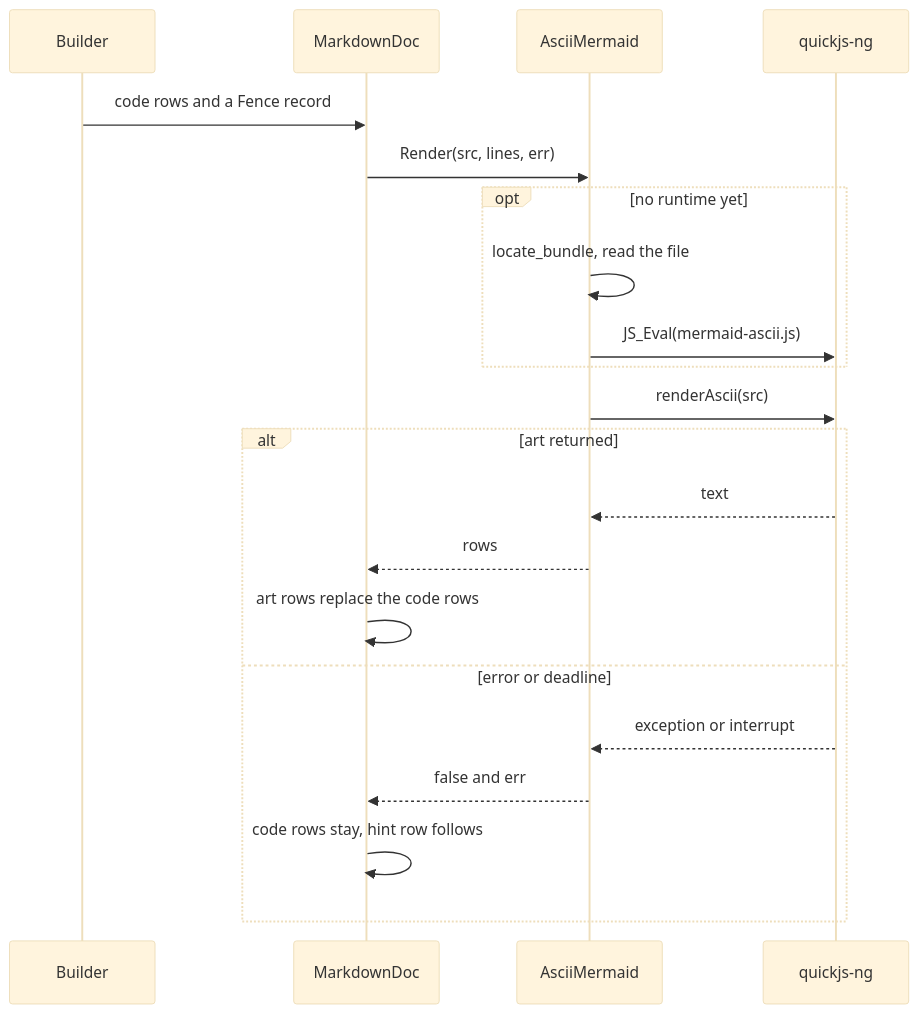
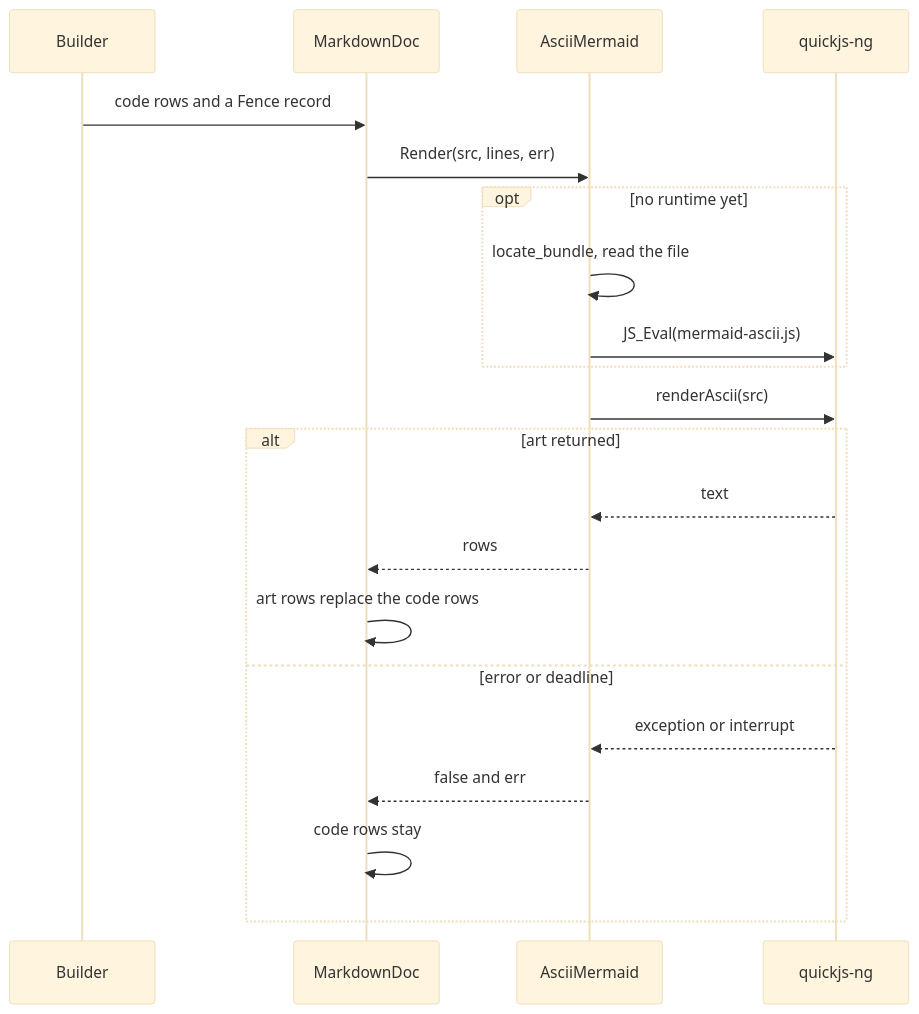
The third of 3 diagrams in docs/architecture/features/markdown/markdown.runtime.md (slava-kudzinau/far2l), drawn with Mermaid (base theme) before and after one commit. The commit also changed other lines of this file and 13 other files, not shown here.

Commit message:
docs(markdown): remove the browser view from the architecture docs

````diff
--- a/docs/architecture/features/markdown/markdown.runtime.md
+++ b/docs/architecture/features/markdown/markdown.runtime.md
@@ -99,23 +98,23 @@
 ```mermaid
 sequenceDiagram
   participant B as Builder
   participant Doc as MarkdownDoc
   participant A as AsciiMermaid
   participant JS as quickjs-ng
   B->>Doc: code rows and a Fence record
   Doc->>A: Render(src, lines, err)
   opt no runtime yet
     A->>A: locate_bundle, read the file
     A->>JS: JS_Eval(mermaid-ascii.js)
   end
   A->>JS: renderAscii(src)
   alt art returned
     JS-->>A: text
     A-->>Doc: rows
     Doc->>Doc: art rows replace the code rows
   else error or deadline
     JS-->>A: exception or interrupt
     A-->>Doc: false and err
-    Doc->>Doc: code rows stay, hint row follows
+    Doc->>Doc: code rows stay
   end
 ```
````
